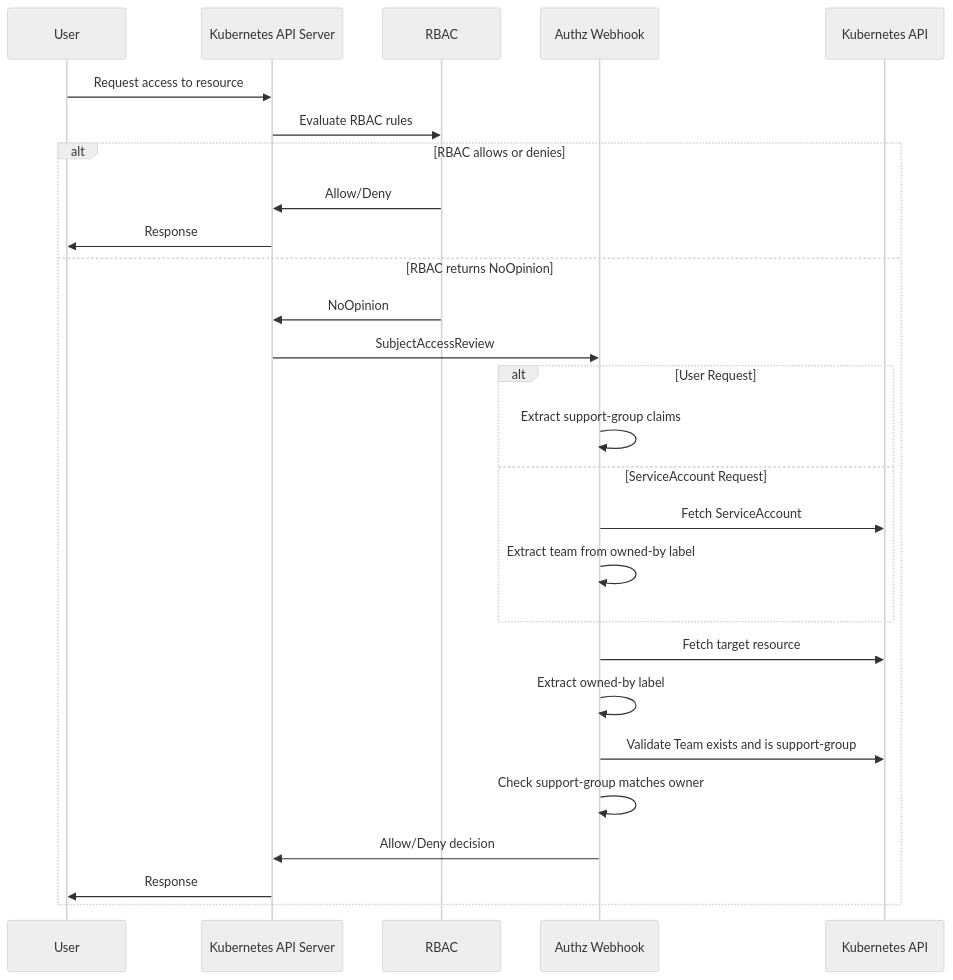
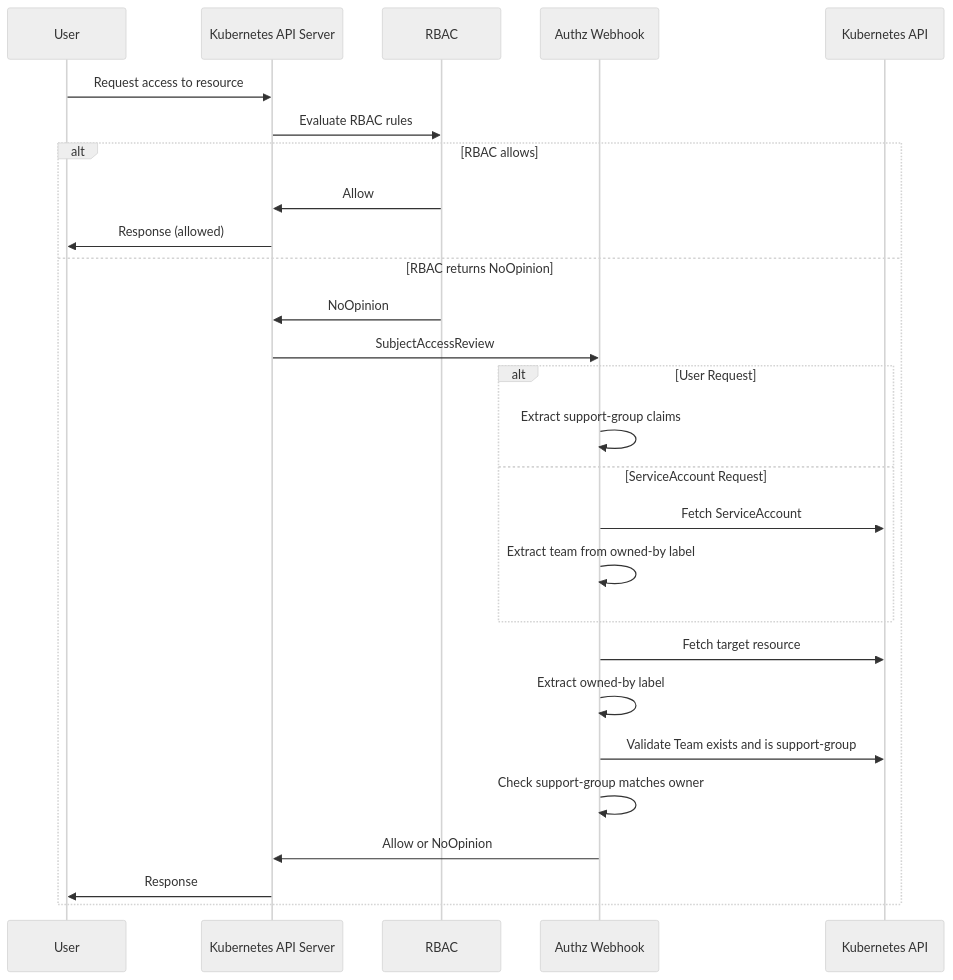
The diagram in docs/getting-started/operations/authorization-webhook.md (cloudoperators/greenhouse), drawn with Mermaid (neutral theme) before and after one commit. The commit also changed other lines of this file and 3 other files, not shown here.

First line of the commit message:
docs: clarify authz webhook scope and RBAC interaction

````diff
--- a/docs/getting-started/operations/authorization-webhook.md
+++ b/docs/getting-started/operations/authorization-webhook.md
@@ -39,33 +41,33 @@
 ```mermaid
 sequenceDiagram
     participant User
     participant APIServer as Kubernetes API Server
     participant RBAC
     participant Webhook as Authz Webhook
     participant K8s as Kubernetes API
     
     User->>APIServer: Request access to resource
     APIServer->>RBAC: Evaluate RBAC rules
     
-    alt RBAC allows or denies
-        RBAC->>APIServer: Allow/Deny
-        APIServer->>User: Response
+    alt RBAC allows
+        RBAC->>APIServer: Allow
+        APIServer->>User: Response (allowed)
     else RBAC returns NoOpinion
         RBAC->>APIServer: NoOpinion
         APIServer->>Webhook: SubjectAccessReview
         
         alt User Request
             Webhook->>Webhook: Extract support-group claims
         else ServiceAccount Request
             Webhook->>K8s: Fetch ServiceAccount
             Webhook->>Webhook: Extract team from owned-by label
         end
         
         Webhook->>K8s: Fetch target resource
         Webhook->>Webhook: Extract owned-by label
         Webhook->>K8s: Validate Team exists and is support-group
         Webhook->>Webhook: Check support-group matches owner
-        Webhook->>APIServer: Allow/Deny decision
+        Webhook->>APIServer: Allow or NoOpinion
         APIServer->>User: Response
     end
 ```
````
